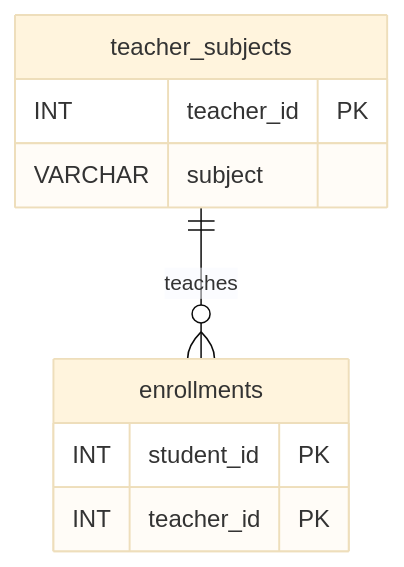
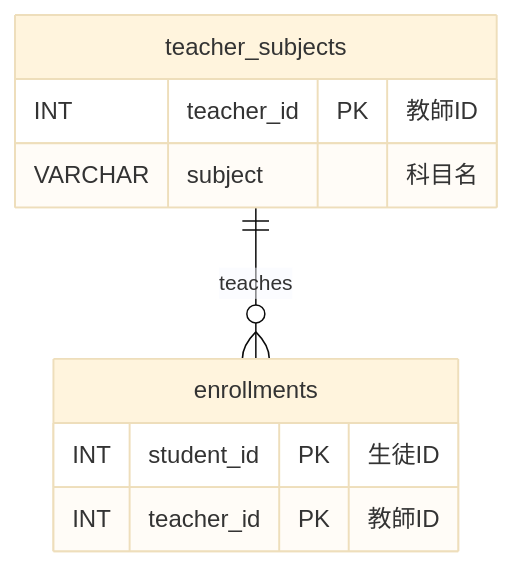
One commit to tanaka-yui/learning changed the fourth of 5 diagrams in 05_database/01/docs/normalization.md. Above: the diagram before and after it, drawn with Mermaid (base theme). The commit also changed other lines of this file, not shown here.

Commit message:
docs(database): replace SQL with table definitions and ER diagrams, add Japanese column names

````diff
--- a/05_database/01/docs/normalization.md
+++ b/05_database/01/docs/normalization.md
@@ -355,13 +284,13 @@
 ```mermaid
 erDiagram
     teacher_subjects ||--o{ enrollments : "teaches"
 
     teacher_subjects {
-        INT teacher_id PK
-        VARCHAR subject
+        INT teacher_id PK "教師ID"
+        VARCHAR subject "科目名"
     }
     enrollments {
-        INT student_id PK
-        INT teacher_id PK
+        INT student_id PK "生徒ID"
+        INT teacher_id PK "教師ID"
     }
 ```
````
